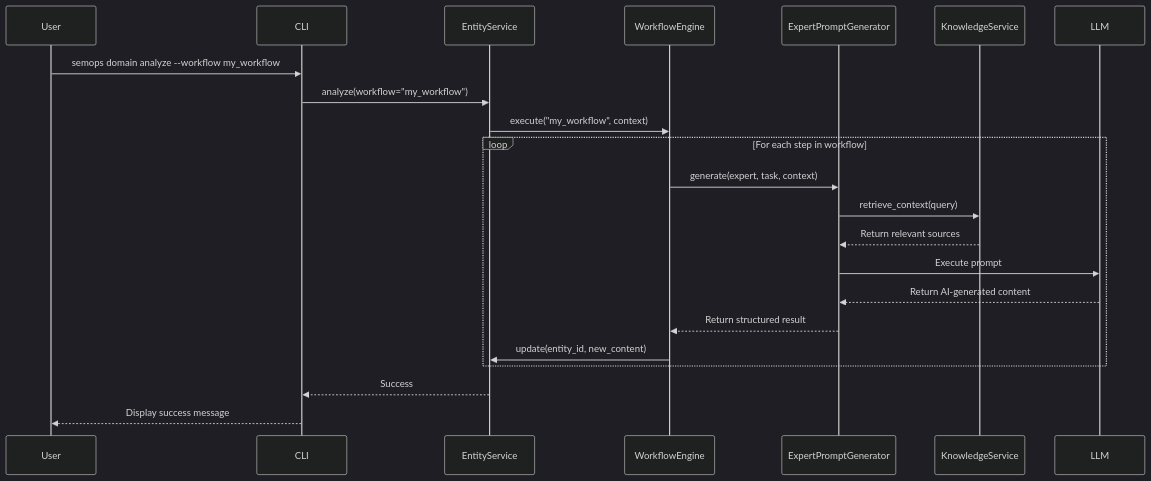
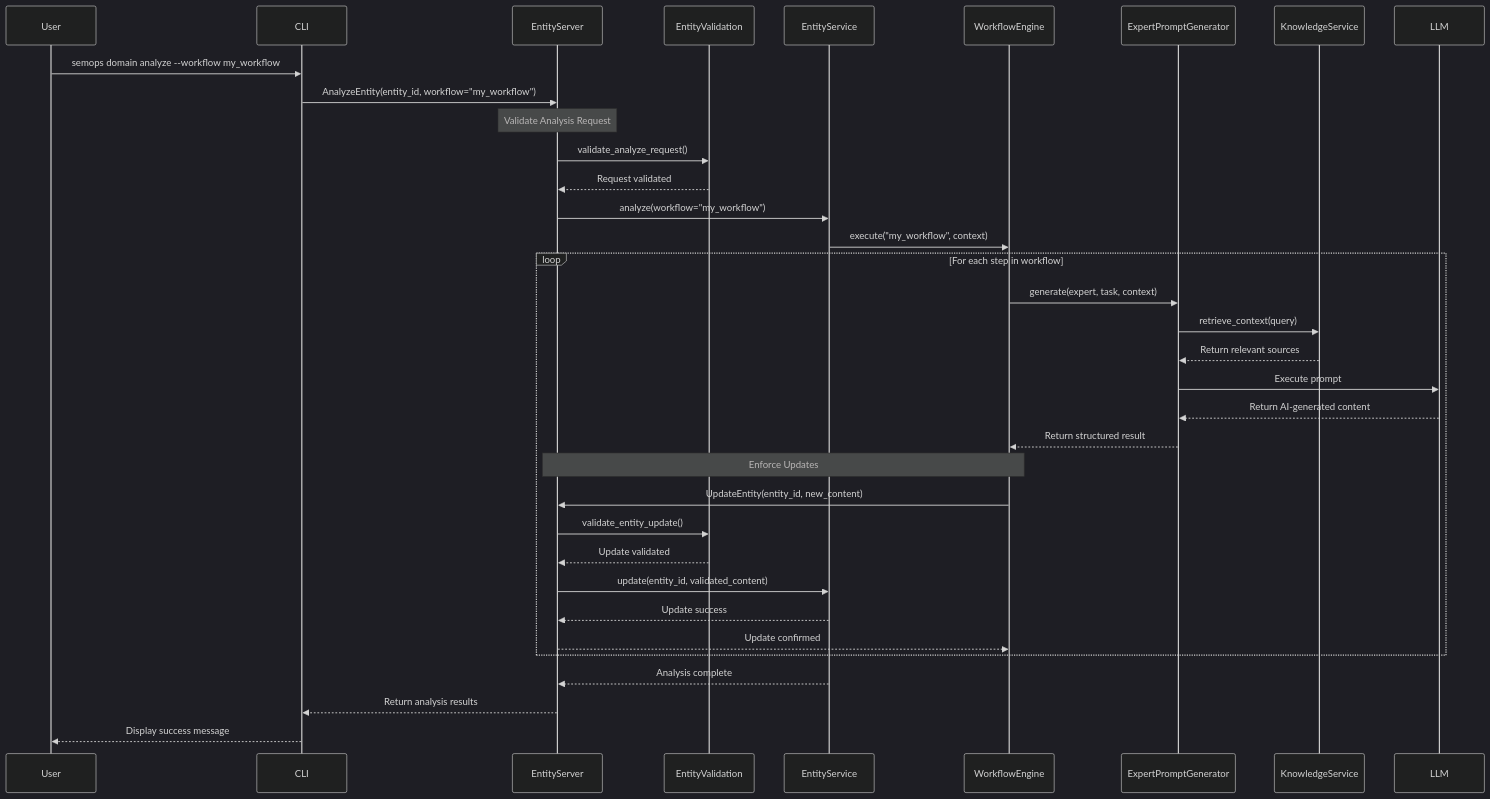
The third of 4 diagrams in docs/ARCHITECTURE_VISUALIZATION.md (the-greenman/semops2), drawn with Mermaid (dark theme) before and after one commit. The commit also changed other lines of this file and 35 other files, not shown here.

````diff
--- a/docs/ARCHITECTURE_VISUALIZATION.md
+++ b/docs/ARCHITECTURE_VISUALIZATION.md
@@ -100,27 +145,43 @@
 ```mermaid
 sequenceDiagram
     participant User
     participant CLI
+    participant EntityServer
+    participant EntityValidation
     participant EntityService
     participant WorkflowEngine
     participant ExpertPromptGenerator
     participant KnowledgeService
     participant LLM
 
     User->>CLI: semops domain analyze --workflow my_workflow
-    CLI->>EntityService: analyze(workflow="my_workflow")
+    CLI->>EntityServer: AnalyzeEntity(entity_id, workflow="my_workflow")
+
+    Note over EntityServer: Validate Analysis Request
+    EntityServer->>EntityValidation: validate_analyze_request()
+    EntityValidation-->>EntityServer: Request validated
+
+    EntityServer->>EntityService: analyze(workflow="my_workflow")
     EntityService->>WorkflowEngine: execute("my_workflow", context)
 
     loop For each step in workflow
         WorkflowEngine->>ExpertPromptGenerator: generate(expert, task, context)
         ExpertPromptGenerator->>KnowledgeService: retrieve_context(query)
         KnowledgeService-->>ExpertPromptGenerator: Return relevant sources
         ExpertPromptGenerator->>LLM: Execute prompt
         LLM-->>ExpertPromptGenerator: Return AI-generated content
         ExpertPromptGenerator-->>WorkflowEngine: Return structured result
-        WorkflowEngine->>EntityService: update(entity_id, new_content)
+
+        Note over WorkflowEngine,EntityServer: Enforce Updates
+        WorkflowEngine->>EntityServer: UpdateEntity(entity_id, new_content)
+        EntityServer->>EntityValidation: validate_entity_update()
+        EntityValidation-->>EntityServer: Update validated
+        EntityServer->>EntityService: update(entity_id, validated_content)
+        EntityService-->>EntityServer: Update success
+        EntityServer-->>WorkflowEngine: Update confirmed
     end
 
-    EntityService-->>CLI: Success
+    EntityService-->>EntityServer: Analysis complete
+    EntityServer-->>CLI: Return analysis results
     CLI-->>User: Display success message
 ```
````
